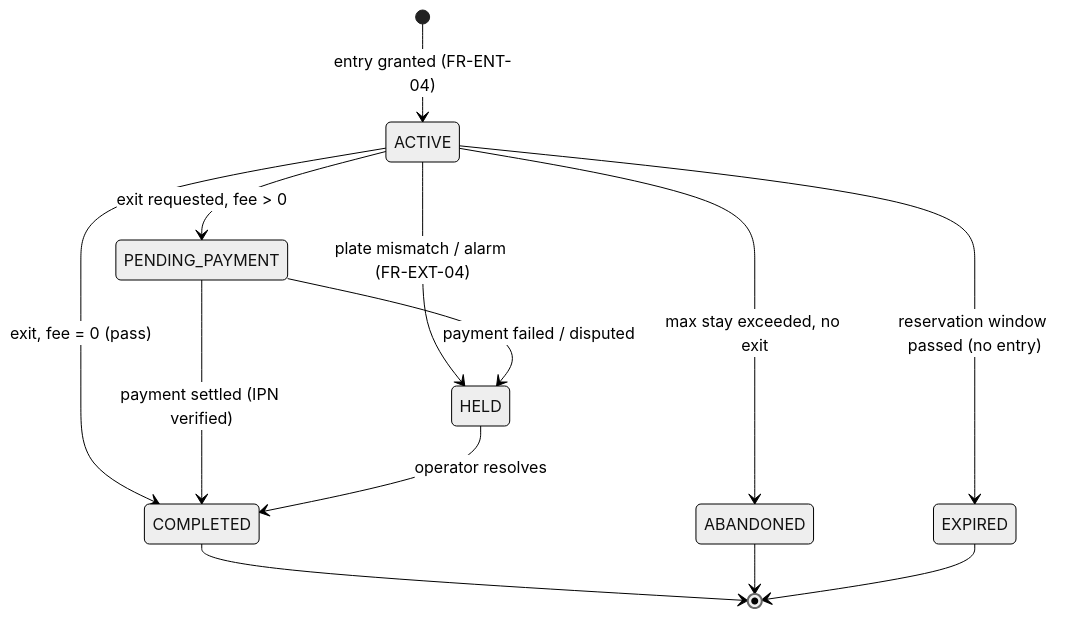
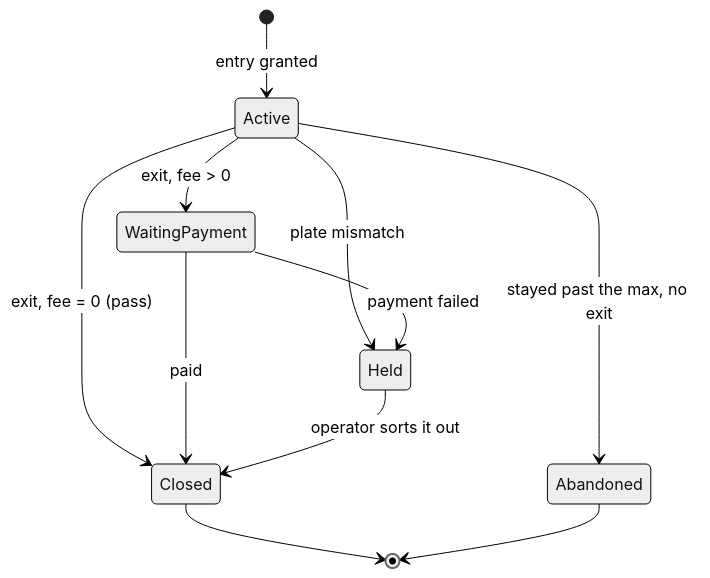
Before and after one commit to XeminoL/SmartParking_-IoT-SPMS-: the eighth of 10 diagrams in docs/02-uml-and-ui.md, drawn with Mermaid (neutral theme). The commit also changed other lines of this file and 14 other files, not shown here.

````diff
--- a/docs/02-uml-and-ui.md
+++ b/docs/02-uml-and-ui.md
@@ -324,15 +288,13 @@
 ```mermaid
 stateDiagram-v2
-    [*] --> ACTIVE : entry granted (FR-ENT-04)
-    ACTIVE --> PENDING_PAYMENT : exit requested, fee > 0
-    ACTIVE --> COMPLETED : exit, fee = 0 (pass)
-    ACTIVE --> HELD : plate mismatch / alarm (FR-EXT-04)
-    PENDING_PAYMENT --> COMPLETED : payment settled (IPN verified)
-    PENDING_PAYMENT --> HELD : payment failed / disputed
-    HELD --> COMPLETED : operator resolves
-    ACTIVE --> ABANDONED : max stay exceeded, no exit
-    ACTIVE --> EXPIRED : reservation window passed (no entry)
-    COMPLETED --> [*]
-    ABANDONED --> [*]
-    EXPIRED --> [*]
+    [*] --> Active : entry granted
+    Active --> WaitingPayment : exit, fee > 0
+    Active --> Closed : exit, fee = 0 (pass)
+    Active --> Held : plate mismatch
+    WaitingPayment --> Closed : paid
+    WaitingPayment --> Held : payment failed
+    Held --> Closed : operator sorts it out
+    Active --> Abandoned : stayed past the max, no exit
+    Closed --> [*]
+    Abandoned --> [*]
 ```
````
